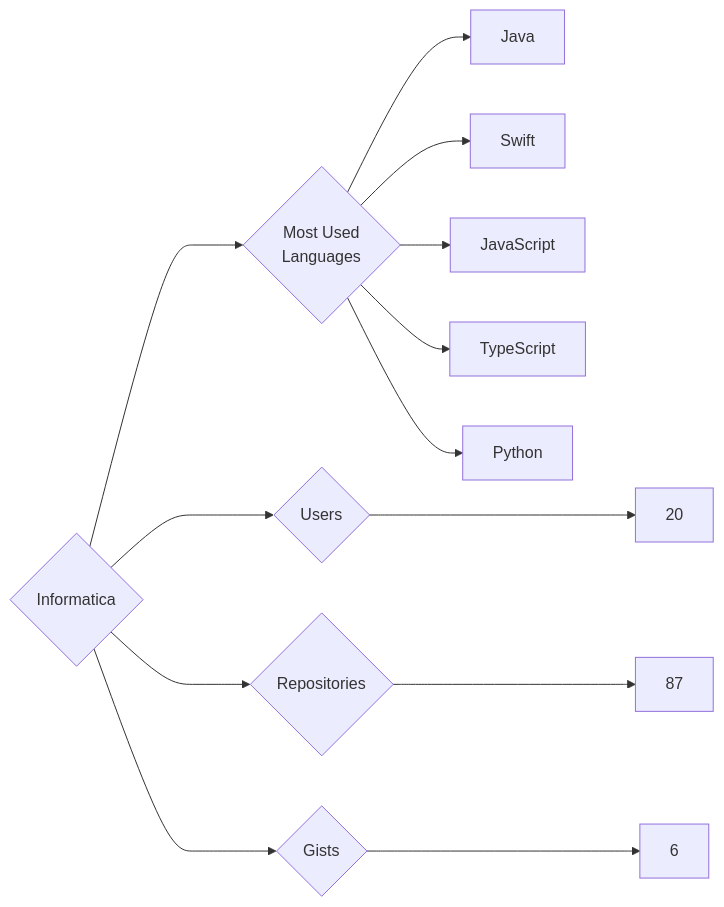
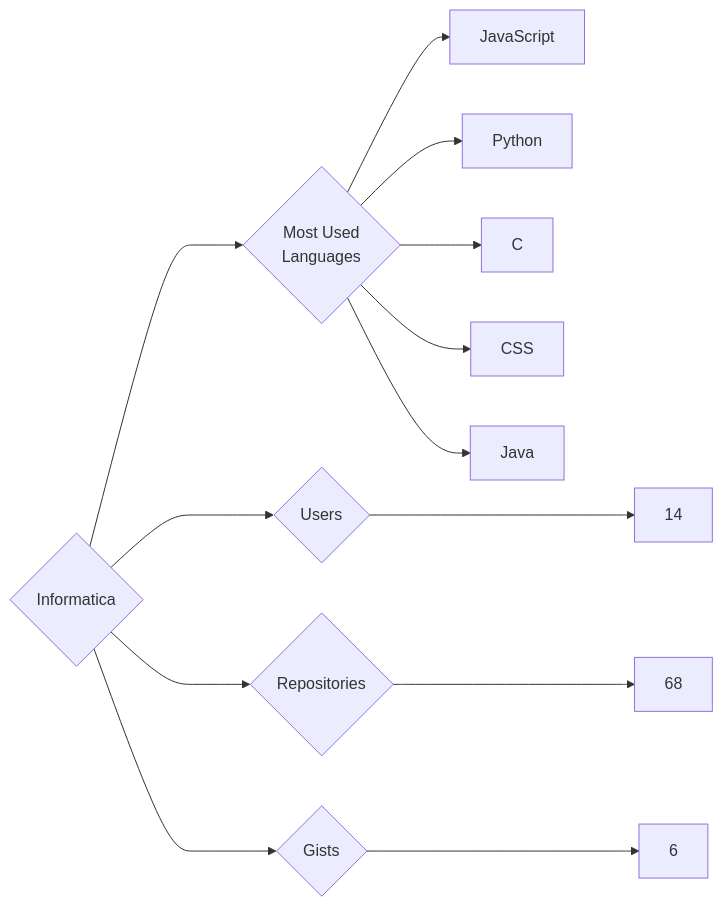
One commit to trickest/insiders changed the diagram in targets/Informatica/README.md. Above: the diagram before and after it, drawn with Mermaid. The commit also changed 951 other files, not shown here.

````diff
--- a/targets/Informatica/README.md
+++ b/targets/Informatica/README.md
@@ -3,13 +3,13 @@
 ```mermaid
 graph LR
 COMPANY_NAME{Informatica}
-COMPANY_NAME ---> U{Users} ---> UN[20]
-COMPANY_NAME ---> R{Repositories} ---> RN[87]
+COMPANY_NAME ---> U{Users} ---> UN[14]
+COMPANY_NAME ---> R{Repositories} ---> RN[68]
 COMPANY_NAME ---> G{Gists} ---> GN[6]
 COMPANY_NAME ---> ML{Most Used<br>Languages}
+ML --> JavaScript[JavaScript]
+ML --> Python[Python]
+ML --> C[C]
+ML --> CSS[CSS]
 ML --> Java[Java]
-ML --> Swift[Swift]
-ML --> JavaScript[JavaScript]
-ML --> TypeScript[TypeScript]
-ML --> Python[Python]
 ```
````
